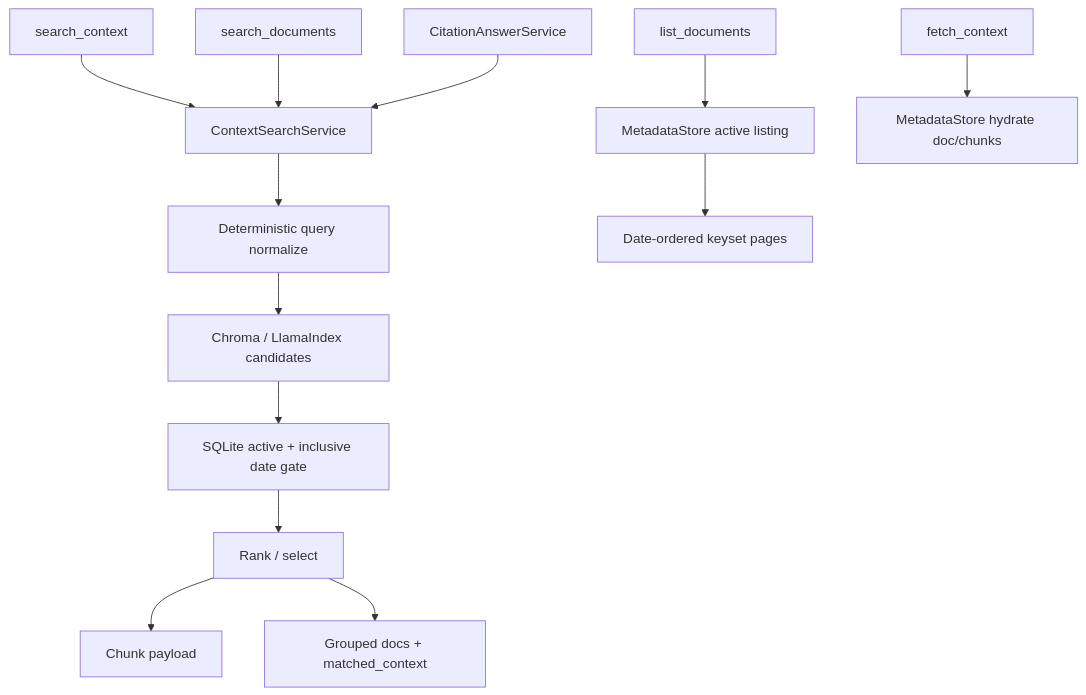
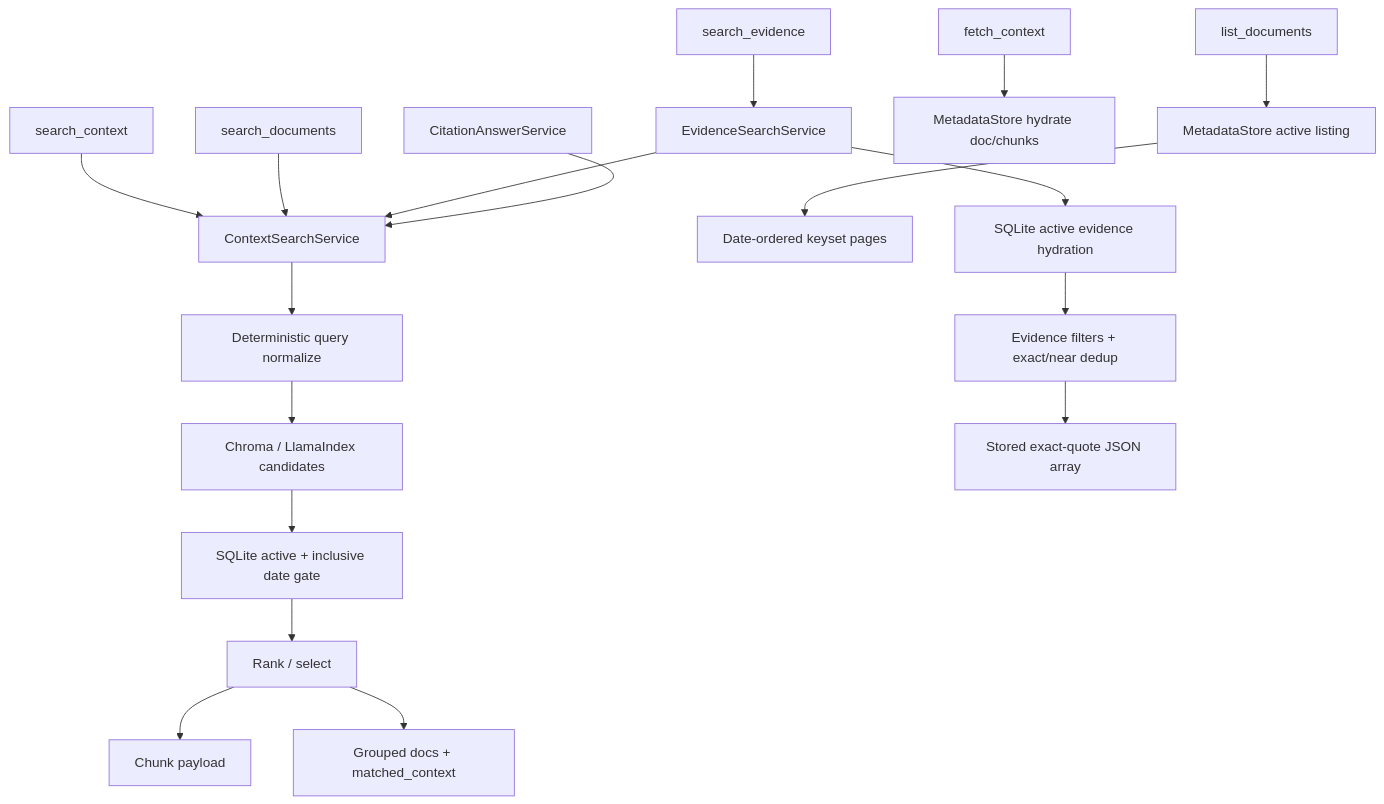
The fourth of 4 diagrams in .agents/docs/architecture.md (eunhwa99/MCPContentSearch), drawn with Mermaid before and after one commit. The commit also changed other lines of this file and 116 other files, not shown here.

````diff
--- a/.agents/docs/architecture.md
+++ b/.agents/docs/architecture.md
@@ -216,15 +223,20 @@
 ```mermaid
 flowchart TD
   SC[search_context] --> CSS[ContextSearchService]
   SD[search_documents] --> CSS
+  SE[search_evidence] --> ES[EvidenceSearchService]
+  ES --> CSS
   CSS --> Norm[Deterministic query normalize]
   Norm --> Cand[Chroma / LlamaIndex candidates]
   Cand --> Val[SQLite active + inclusive date gate]
   Val --> Rank[Rank / select]
   Rank --> ChunkOut[Chunk payload]
   Rank --> DocOut["Grouped docs + matched_context"]
   LD[list_documents] --> MS[MetadataStore active listing]
   MS --> Browse[Date-ordered keyset pages]
   FC[fetch_context] --> Hydrate[MetadataStore hydrate doc/chunks]
   CA[CitationAnswerService] --> CSS
+  ES --> EHydrate[SQLite active evidence hydration]
+  EHydrate --> EFilter[Evidence filters + exact/near dedup]
+  EFilter --> Exact[Stored exact-quote JSON array]
 ```
````
